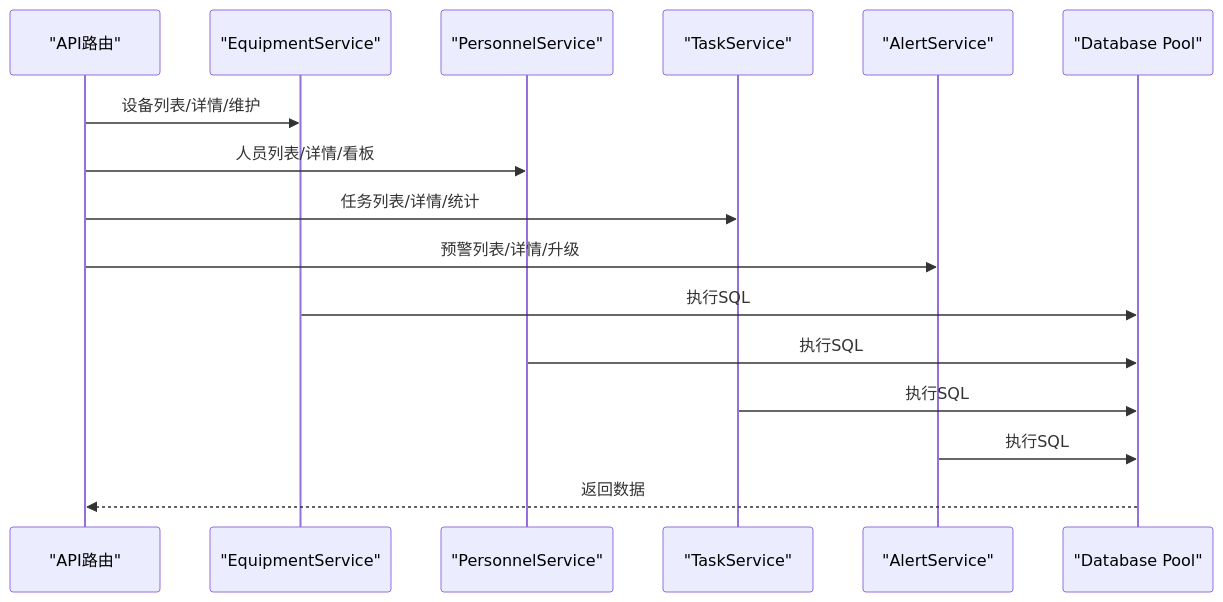
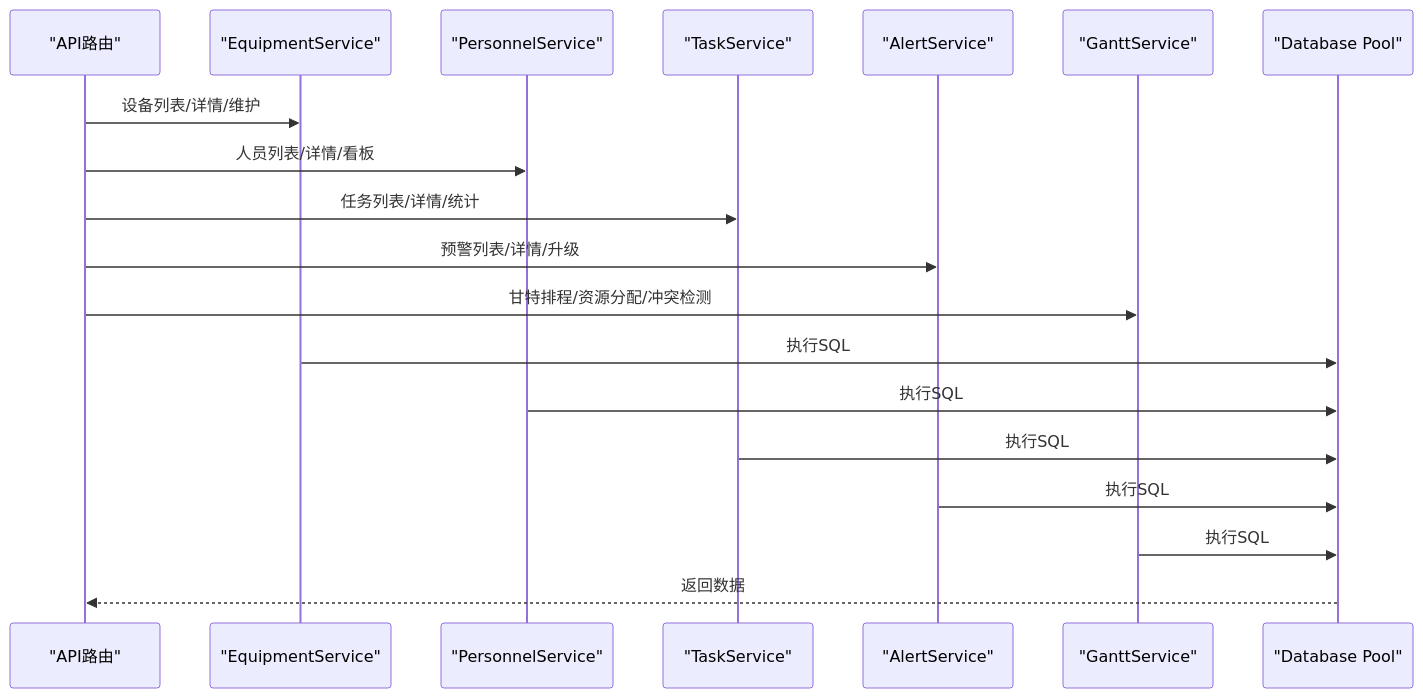
The fifth of 6 diagrams in .qoder/repowiki/zh/content/数据库设计/数据库设计.md (JiaStan/shizhi_system_df), drawn with Mermaid before and after one commit. The commit also changed other lines of this file and 53 other files, not shown here.

````diff
--- a/.qoder/repowiki/zh/content/数据库设计/数据库设计.md
+++ b/.qoder/repowiki/zh/content/数据库设计/数据库设计.md
@@ -447,18 +493,21 @@
 ```mermaid
 sequenceDiagram
 participant API as "API路由"
 participant ES as "EquipmentService"
 participant PS as "PersonnelService"
 participant TS as "TaskService"
 participant AS as "AlertService"
+participant GS as "GanttService"
 participant DB as "Database Pool"
 API->>ES : 设备列表/详情/维护
 API->>PS : 人员列表/详情/看板
 API->>TS : 任务列表/详情/统计
 API->>AS : 预警列表/详情/升级
+API->>GS : 甘特排程/资源分配/冲突检测
 ES->>DB : 执行SQL
 PS->>DB : 执行SQL
 TS->>DB : 执行SQL
 AS->>DB : 执行SQL
+GS->>DB : 执行SQL
 DB-->>API : 返回数据
 ```
````
